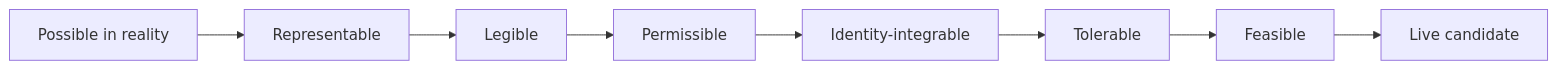
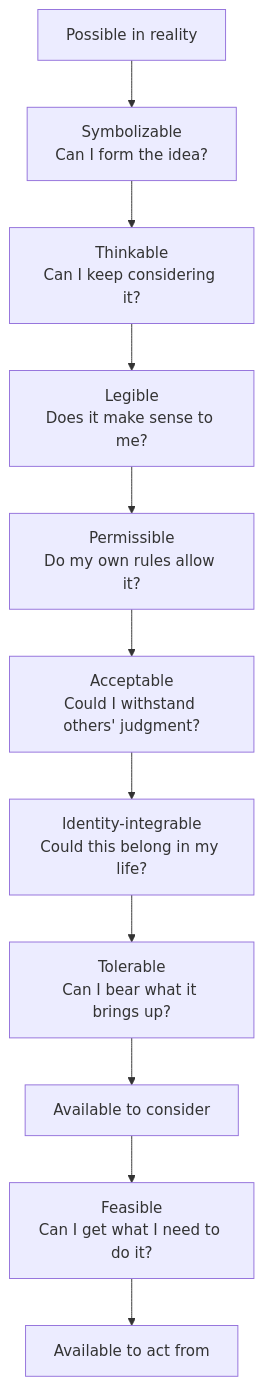
One commit to ayahohner/inner-lattice changed the diagram in src/content/posts/consideration-space.md. Above: the diagram before and after it, drawn with Mermaid. The commit also changed other lines of this file, not shown here.

````diff
--- a/src/content/posts/consideration-space.md
+++ b/src/content/posts/consideration-space.md
@@ -47,10 +33,13 @@
 ```mermaid
-flowchart LR
-    P["Possible in reality"] --> S["Representable"]
-    S --> L["Legible"]
-    L --> N["Permissible"]
-    N --> I["Identity-integrable"]
-    I --> T["Tolerable"]
-    T --> F["Feasible"]
-    F --> C["Live candidate"]
+flowchart TB
+    R["Possible in reality"] --> S["Symbolizable<br/>Can I form the idea?"]
+    S --> H["Thinkable<br/>Can I keep considering it?"]
+    H --> L["Legible<br/>Does it make sense to me?"]
+    L --> P["Permissible<br/>Do my own rules allow it?"]
+    P --> A["Acceptable<br/>Could I withstand others' judgment?"]
+    A --> I["Identity-integrable<br/>Could this belong in my life?"]
+    I --> T["Tolerable<br/>Can I bear what it brings up?"]
+    T --> C["Available to consider"]
+    C --> F["Feasible<br/>Can I get what I need to do it?"]
+    F --> X["Available to act from"]
 ```
````
